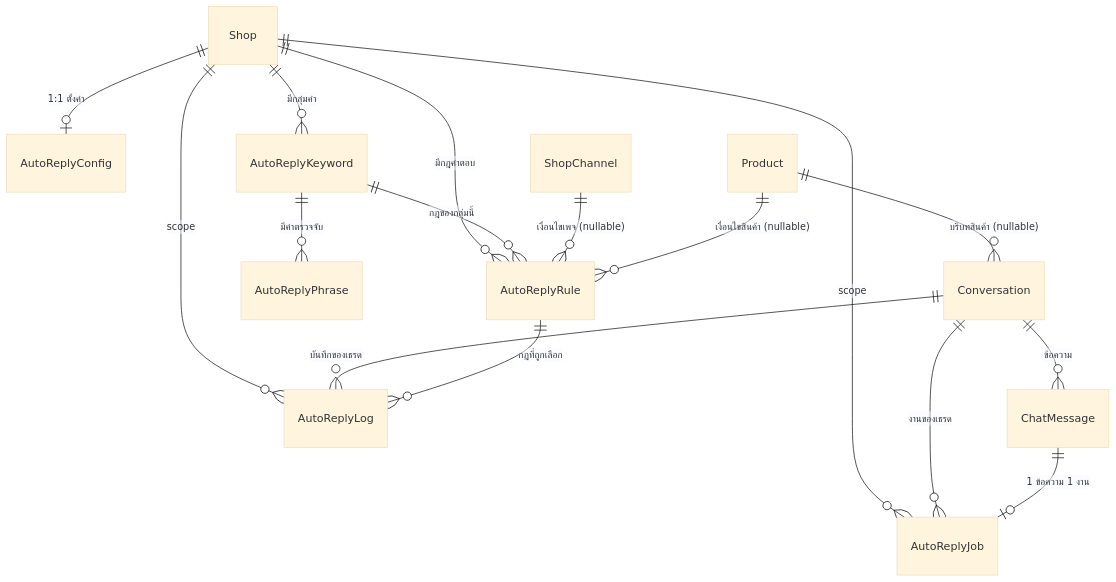
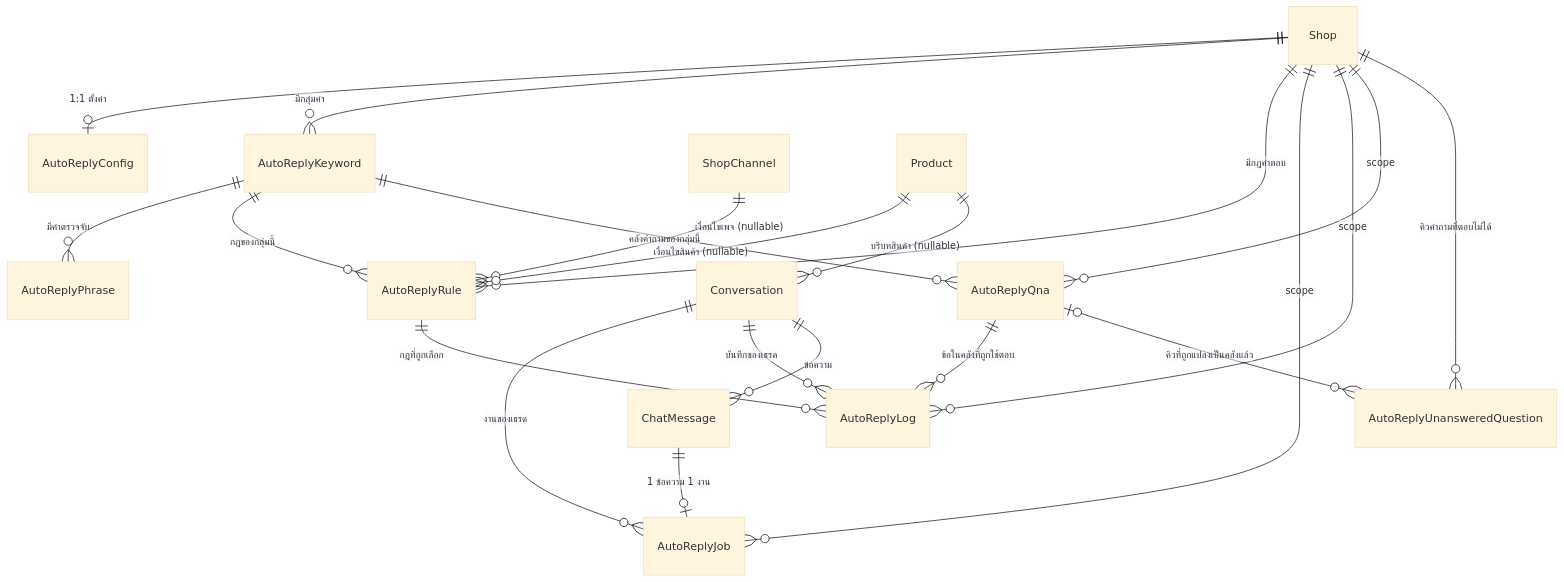
The diagram in docs/20 - Features/00023 - Deep Chat-Bot Assistant/DATABASE.md (CodeCooLTH/deep-web), drawn with Mermaid (base theme) before and after one commit. The commit also changed other lines of this file and 4 other files, not shown here.

````diff
--- a/docs/20 - Features/00023 - Deep Chat-Bot Assistant/DATABASE.md
+++ b/docs/20 - Features/00023 - Deep Chat-Bot Assistant/DATABASE.md
@@ -85,22 +85,28 @@
 ```mermaid
 erDiagram
     Shop ||--o| AutoReplyConfig : "1:1 ตั้งค่า"
     Shop ||--o{ AutoReplyKeyword : "มีกลุ่มคำ"
     Shop ||--o{ AutoReplyRule : "มีกฎคำตอบ"
     Shop ||--o{ AutoReplyJob : "scope"
     Shop ||--o{ AutoReplyLog : "scope"
 
     AutoReplyKeyword ||--o{ AutoReplyPhrase : "มีคำตรวจจับ"
     AutoReplyKeyword ||--o{ AutoReplyRule : "กฎของกลุ่มนี้"
 
     ShopChannel ||--o{ AutoReplyRule : "เงื่อนไขเพจ (nullable)"
     Product ||--o{ AutoReplyRule : "เงื่อนไขสินค้า (nullable)"
 
     Conversation ||--o{ AutoReplyJob : "งานของเธรด"
     Conversation ||--o{ AutoReplyLog : "บันทึกของเธรด"
     Conversation ||--o{ ChatMessage : "ข้อความ"
     Product ||--o{ Conversation : "บริบทสินค้า (nullable)"
 
     ChatMessage ||--o| AutoReplyJob : "1 ข้อความ 1 งาน"
     AutoReplyRule ||--o{ AutoReplyLog : "กฎที่ถูกเลือก"
+
+    AutoReplyKeyword ||--o{ AutoReplyQna : "คลังคำถามของกลุ่มนี้"
+    Shop ||--o{ AutoReplyQna : "scope"
+    Shop ||--o{ AutoReplyUnansweredQuestion : "คิวคำถามที่ตอบไม่ได้"
+    AutoReplyQna ||--o{ AutoReplyLog : "ข้อในคลังที่ถูกใช้ตอบ"
+    AutoReplyQna |o--o{ AutoReplyUnansweredQuestion : "คิวที่ถูกแปลงเป็นคลังแล้ว"
 ```
````
